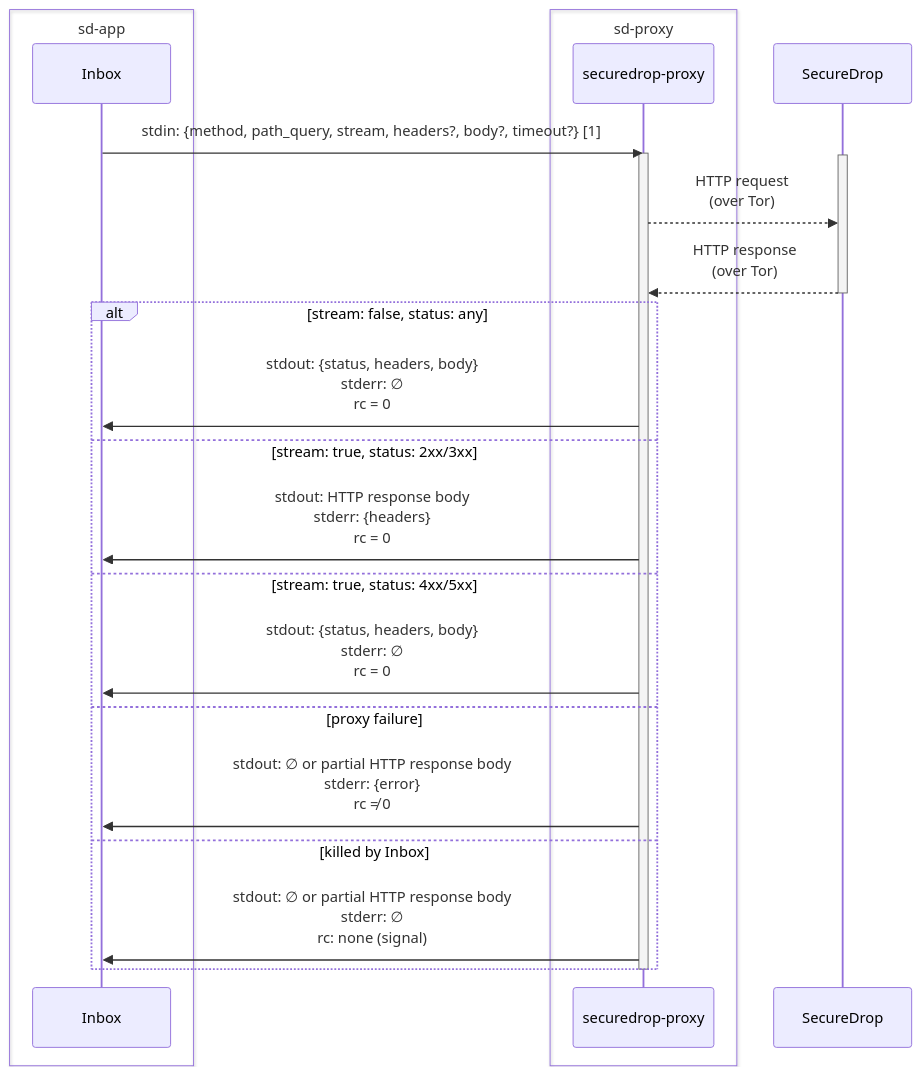
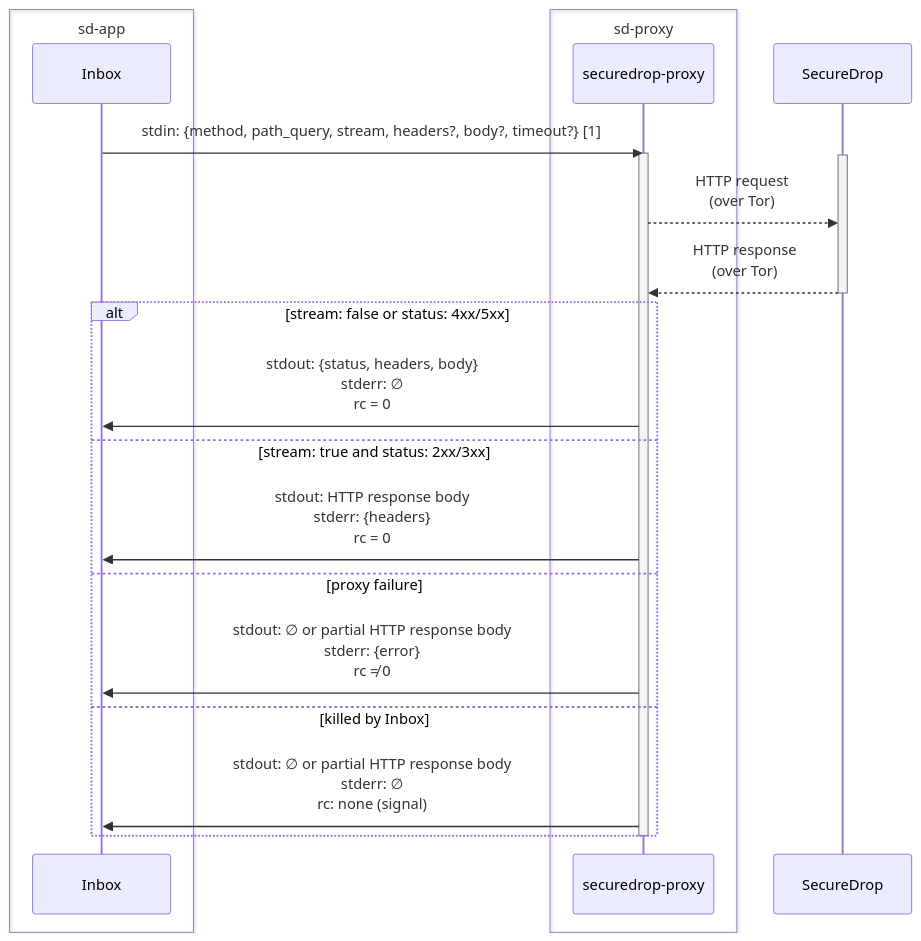
The diagram in proxy/README.md (freedomofpress/securedrop-client), drawn with Mermaid before and after one commit.

Commit message:
docs: consolidate stream and error responses
thread: https://github.com/freedomofpress/securedrop-client/pull/3659#discussion_r3714660745

````diff
--- a/proxy/README.md
+++ b/proxy/README.md
@@ -40,32 +40,30 @@
 ```mermaid
 sequenceDiagram
 
 box sd-app
 participant c as Inbox
 end
 box sd-proxy
 participant p as securedrop-proxy
 end
 participant s as SecureDrop
 
 c ->> p: stdin: {method, path_query, stream, headers?, body?, timeout?} [1]
 activate p
 activate s
 p -->> s: HTTP request<br>(over Tor)
 s -->> p: HTTP response<br>(over Tor)
 deactivate s
 
-alt stream: false, status: any
+alt stream: false or status: 4xx/5xx
 p ->> c: stdout: {status, headers, body}<br>stderr: ∅<br>rc = 0
-else stream: true, status: 2xx/3xx
+else stream: true and status: 2xx/3xx
 p ->> c: stdout: HTTP response body<br>stderr: {headers}<br>rc = 0
-else stream: true, status: 4xx/5xx
-p ->> c: stdout: {status, headers, body}<br>stderr: ∅<br>rc = 0
 else proxy failure
 p ->> c: stdout: ∅ or partial HTTP response body<br>stderr: {error}<br>rc ≠ 0
 else killed by Inbox
 p ->> c: stdout: ∅ or partial HTTP response body<br>stderr: ∅<br>rc: none (signal)
 end
 
 deactivate p
 ```
````
